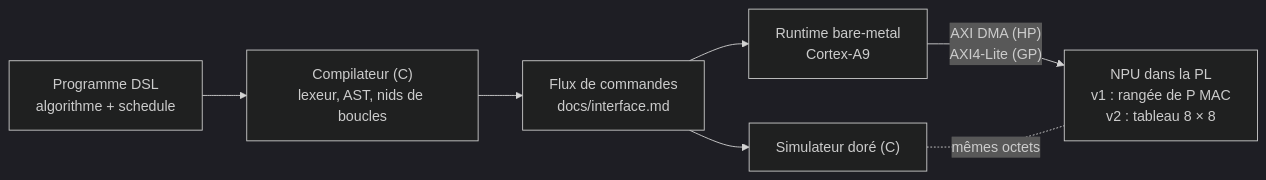
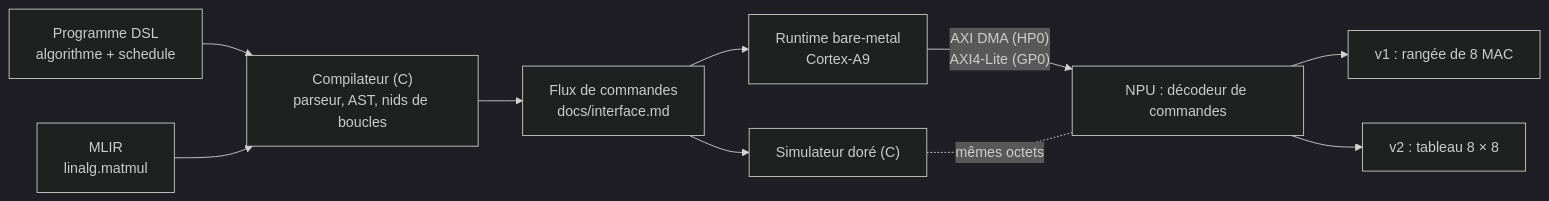
One commit to Quentin0l/zynq-npu changed the diagram in README.md. Above: the diagram before and after it, drawn with Mermaid (dark theme). The commit also changed other lines of this file, not shown here.

````diff
--- a/README.md
+++ b/README.md
@@ -9,9 +11,12 @@
 ```mermaid
 flowchart LR
-    dsl["Programme DSL<br/>algorithme + schedule"] --> comp["Compilateur (C)<br/>lexeur, AST, nids de boucles"]
+    dsl["Programme DSL<br/>algorithme + schedule"] --> comp["Compilateur (C)<br/>parseur, AST, nids de boucles"]
+    mlir["MLIR<br/>linalg.matmul"] --> comp
     comp --> cmd["Flux de commandes<br/>docs/interface.md"]
     cmd --> sim["Simulateur doré (C)"]
     cmd --> rt["Runtime bare-metal<br/>Cortex-A9"]
-    rt -- "AXI DMA (HP)<br/>AXI4-Lite (GP)" --> npu["NPU dans la PL<br/>v1 : rangée de P MAC<br/>v2 : tableau 8 × 8"]
-    sim -. "mêmes octets" .- npu
+    rt -- "AXI DMA (HP0)<br/>AXI4-Lite (GP0)" --> dec["NPU : décodeur de commandes"]
+    dec --> v1["v1 : rangée de 8 MAC"]
+    dec --> v2["v2 : tableau 8 × 8"]
+    sim -. "mêmes octets" .- dec
 ```
````
